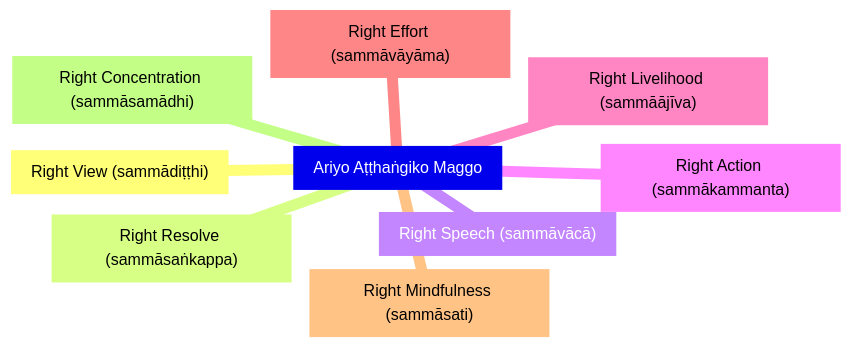
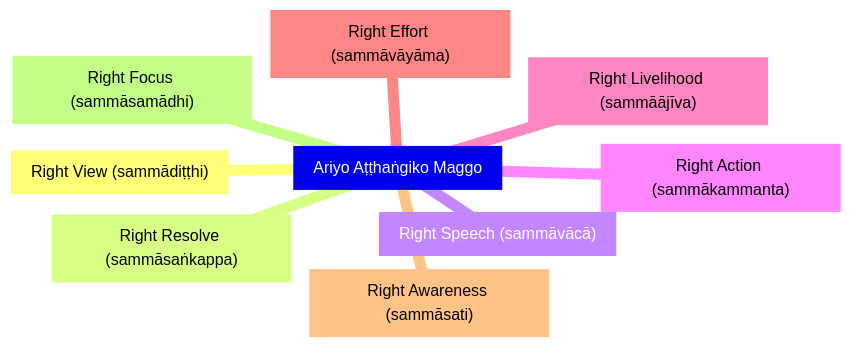
Before and after one commit to ChristineTham/tidipa: the sixth of 14 diagrams in content/Khandhaka/1.6.md, drawn with Mermaid. The commit also changed other lines of this file and 10 other files, not shown here.

````diff
--- a/content/Khandhaka/1.6.md
+++ b/content/Khandhaka/1.6.md
@@ -325,12 +325,12 @@
 ```mermaid
 mindmap
 root["Ariyo Aṭṭhaṅgiko Maggo"]
     R1["Right View (sammādiṭṭhi)"]
     R2["Right Resolve (sammāsaṅkappa)"]
     R3["Right Speech (sammāvācā)"]
     R4["Right Action (sammākammanta)"]
     R5["Right Livelihood (sammāājīva)"]
     R6["Right Effort (sammāvāyāma)"]
-    R7["Right Mindfulness (sammāsati)"]
-    R8["Right Concentration (sammāsamādhi)"]
+    R7["Right Awareness (sammāsati)"]
+    R8["Right Focus (sammāsamādhi)"]
 ```
````
